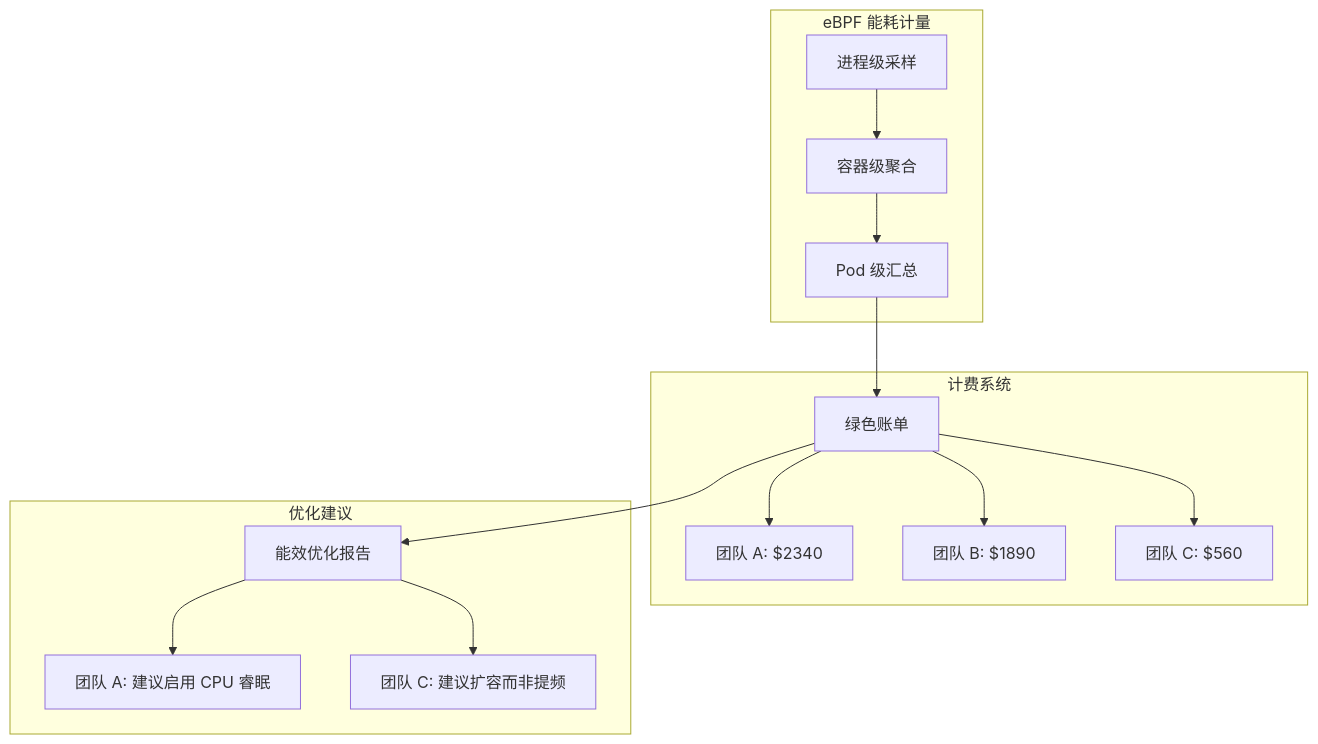
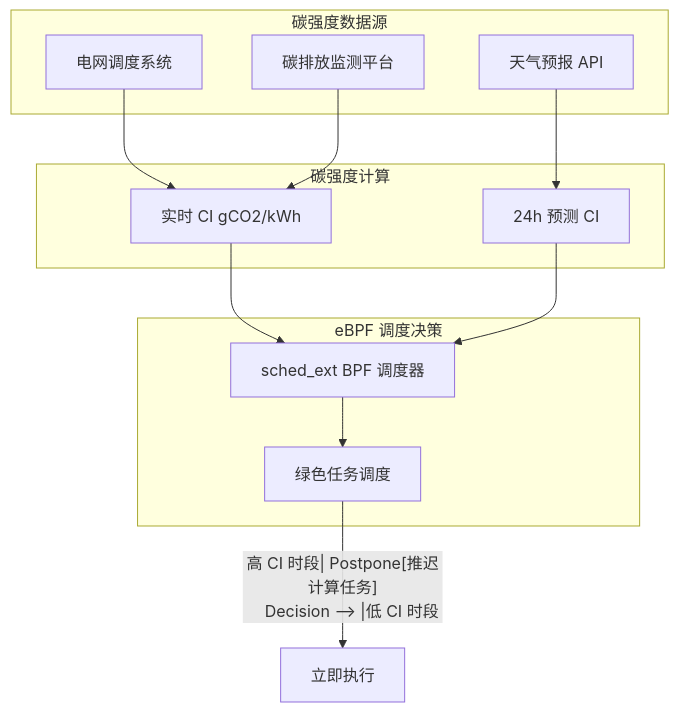
The third of 4 diagrams in content/2026-04-08-ebpf-deep-dive-ch37-green-computing.md (hlwqds/hl-ljj-quartz), drawn with Mermaid before and after one commit. The commit also changed other lines of this file and 618 other files, not shown here.

````diff
--- a/content/2026-04-08-ebpf-deep-dive-ch37-green-computing.md
+++ b/content/2026-04-08-ebpf-deep-dive-ch37-green-computing.md
@@ -332,20 +412,23 @@
 ```mermaid
 graph TB
-    subgraph "eBPF 能耗计量"
-        E1[进程级采样] --> E2[容器级聚合]
-        E2 --> E3[Pod 级汇总]
+    subgraph "碳强度数据源"
+        Grid[电网调度系统]
+        Weather[天气预报 API]
+        Carbon[碳排放监测平台]
     end
 
-    subgraph "计费系统"
-        E3 --> Billing[绿色账单]
-        Billing --> Team1[团队 A: $2340]
-        Billing --> Team2[团队 B: $1890]
-        Billing --> Team3[团队 C: $560]
+    subgraph "碳强度计算"
+        Grid --> CI[实时 CI gCO2/kWh]
+        Weather --> Forecast[24h 预测 CI]
+        Carbon --> CI
     end
 
-    subgraph "优化建议"
-        Billing --> Optimize[能效优化报告]
-        Optimize --> Suggest1[团队 A: 建议启用 CPU 睿眠]
-        Optimize --> Suggest2[团队 C: 建议扩容而非提频]
+    subgraph "eBPF 调度决策"
+        CI --> SC[sched_ext BPF 调度器]
+        Forecast --> SC
+        SC --> Decision[绿色任务调度]
     end
+
+    Decision --> |"高 CI 时段| Postpone[推迟计算任务]
+    Decision --> |"低 CI 时段| Execute[立即执行]
 ```
````
